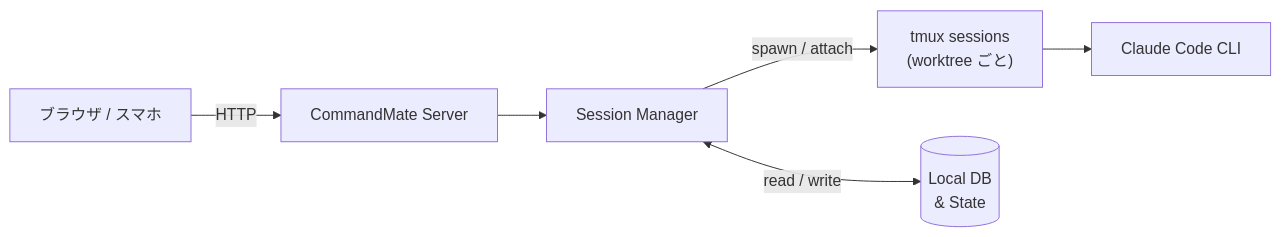
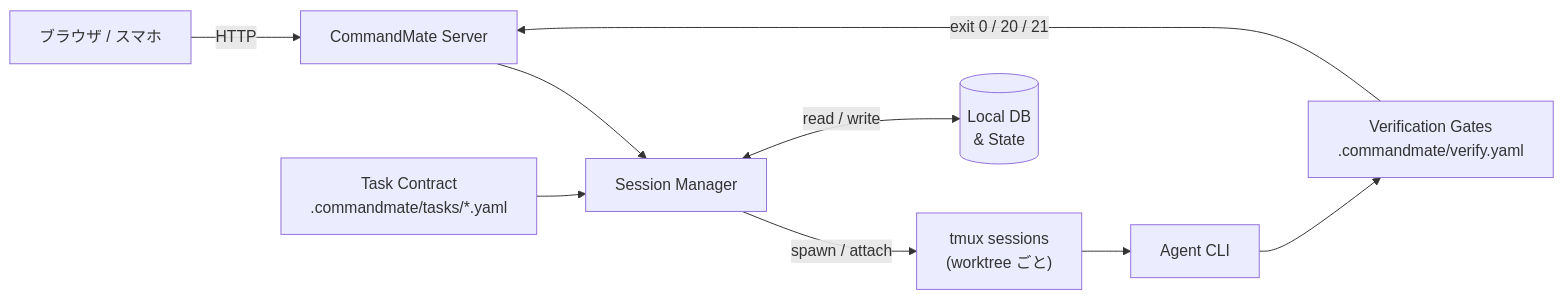
One commit to Kewton/CommandMate changed the diagram in docs/ja/README.md. Above: the diagram before and after it, drawn with Mermaid. The commit also changed other lines of this file and 249 other files, not shown here.

````diff
--- a/docs/ja/README.md
+++ b/docs/ja/README.md
@@ -84,8 +114,11 @@
 ```mermaid
 flowchart LR
     A["ブラウザ / スマホ"] -->|HTTP| B["CommandMate Server"]
     B --> C["Session Manager"]
+    G["Task Contract\n.commandmate/tasks/*.yaml"] --> C
     C -->|"spawn / attach"| D["tmux sessions\n(worktree ごと)"]
-    D --> E["Claude Code CLI"]
+    D --> E["Agent CLI"]
     C <-->|"read / write"| F[("Local DB\n& State")]
+    E --> H["Verification Gates\n.commandmate/verify.yaml"]
+    H -->|"exit 0 / 20 / 21"| B
 ```
````
